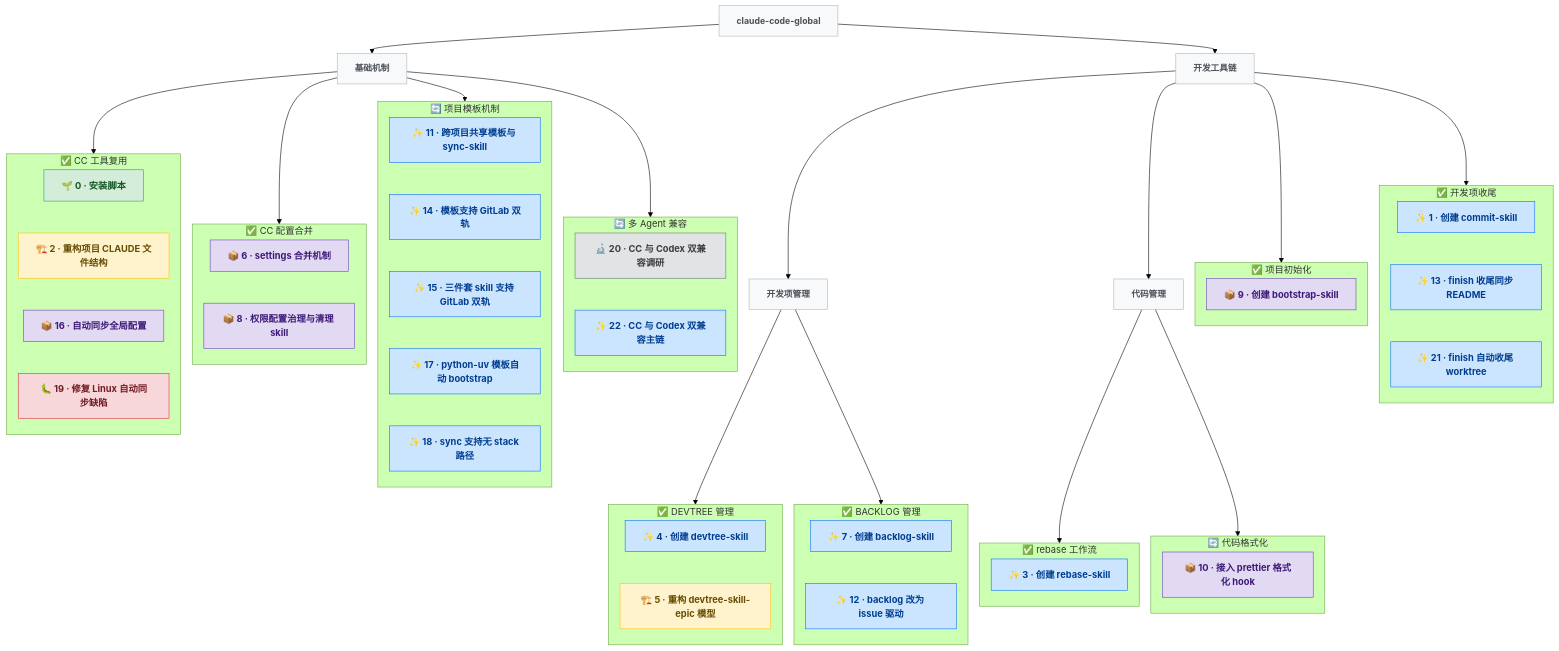
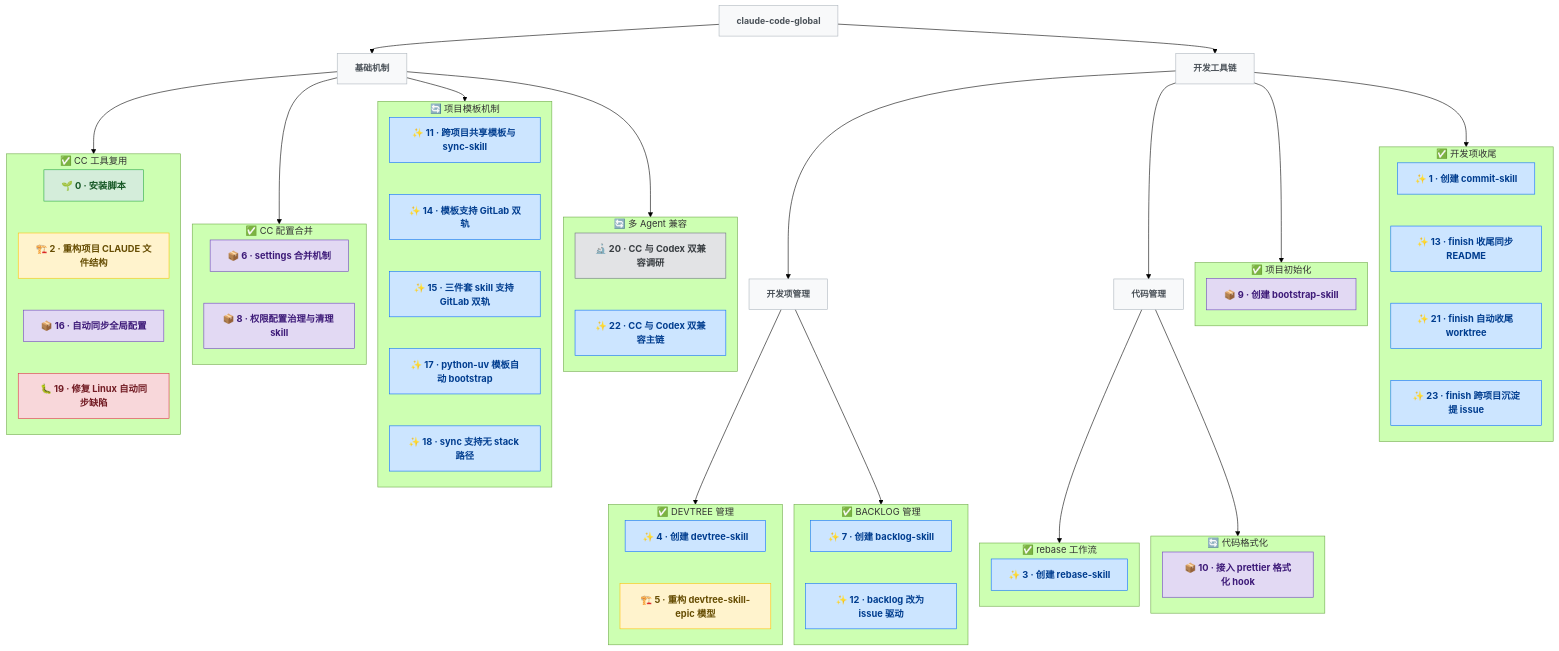
Before and after one commit to pkulijing/claude-code-global: the diagram in docs/DEVTREE.md, drawn with Mermaid (forest theme). The commit also changed other lines of this file and 7 other files, not shown here.

First line of the commit message:
feat(skill): /finish 反思跨项目可沉淀流程并可向 claude-code-global 跨仓库提 issue

```diff
--- a/docs/DEVTREE.md
+++ b/docs/DEVTREE.md
@@ -90,8 +90,10 @@
     N1["✨ 1 · 创建 commit-skill"]:::feature
     N13["✨ 13 · finish 收尾同步 README"]:::feature
     N21["✨ 21 · finish 自动收尾 worktree"]:::feature
+    N23["✨ 23 · finish 跨项目沉淀提 issue"]:::feature
     N1 ~~~ N13
     N13 ~~~ N21
+    N21 ~~~ N23
   end
 
   subgraph e_devtree["✅ DEVTREE 管理"]
```
